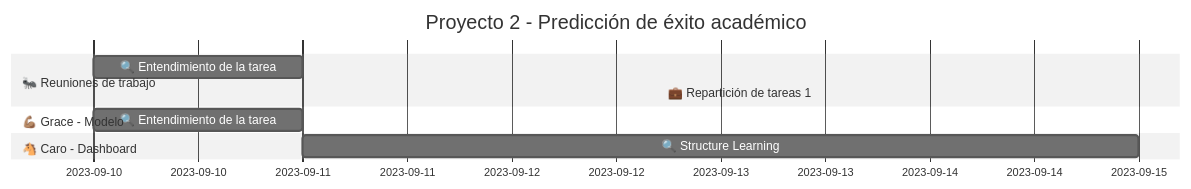
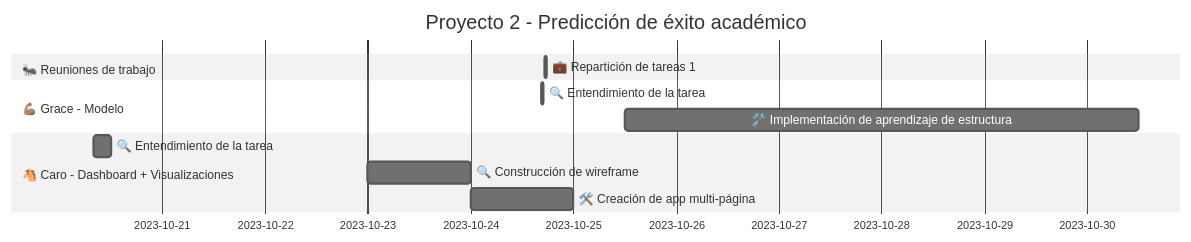
The diagram in README.md (zcrodriguez/AC_IPP_P2), drawn with Mermaid (neutral theme) before and after one commit. The commit also changed other lines of this file, not shown here.

Commit message:
Actualización de README.md con avances de proyecto

````diff
--- a/README.md
+++ b/README.md
@@ -5,12 +5,14 @@
 ```mermaid
 gantt
     title Proyecto 2 - Predicción de éxito académico
     dateFormat  YYYY-MM-DD
     section 🐜 Reuniones de trabajo
-    🔍 Entendimiento de la tarea:2023-09-10,1d
-    💼 Repartición de tareas 1:2023-09-12 17:21,30min
+    💼 Repartición de tareas 1:2023-10-24 17:21,30m
     section 💪🏽 Grace - Modelo
-    🔍 Entendimiento de la tarea:2023-09-10,1d
-    section 🐴 Caro - Dashboard
-    🔍 Structure Learning:2023-09-11,4d
+    🔍 Entendimiento de la tarea:2023-10-24 16:30,40m
+    🛠️ Implementación de aprendizaje de estructura: 2023-10-25 12:00, 5d
+    section 🐴 Caro - Dashboard + Visualizaciones
+    🔍 Entendimiento de la tarea:2023-10-20 8:00,4h
+    🔍 Construcción de wireframe:2023-10-23,1d
+    🛠️ Creación de app multi-página:2023-10-24,1d
 ```
````
